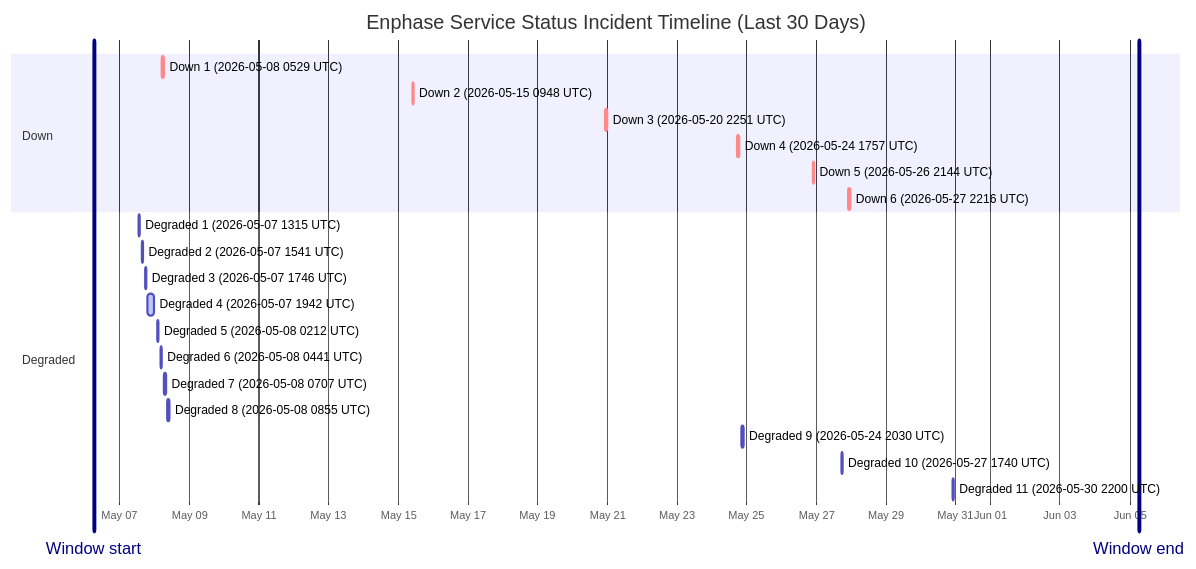
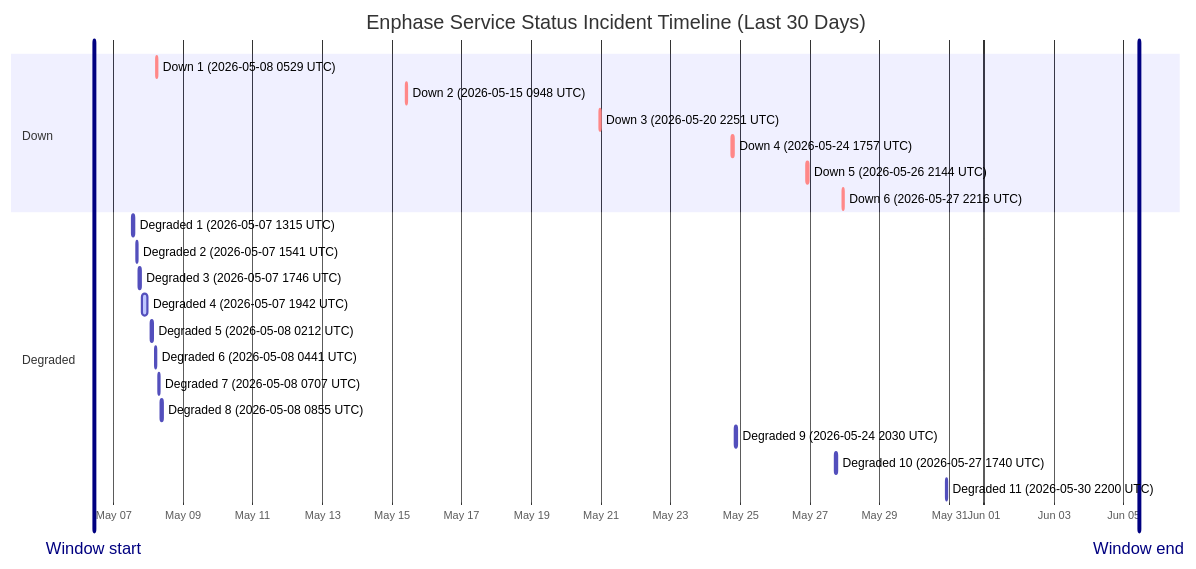
The diagram in wiki/Service-Status-History.md (barneyonline/ha-enphase-energy), drawn with Mermaid before and after one commit. The commit also changed other lines of this file and 3 other files, not shown here.

````diff
--- a/wiki/Service-Status-History.md
+++ b/wiki/Service-Status-History.md
@@ -14,27 +14,27 @@
 ```mermaid
 gantt
     title Enphase Service Status Incident Timeline (Last 30 Days)
     dateFormat  YYYY-MM-DDTHH:mm:ss
     axisFormat  %b %d
-    Window start :vert, window-start, 2026-05-06T06:21:29, 0ms
-    Window end :vert, window-end, 2026-06-05T06:21:29, 0ms
+    Window start :vert, window-start, 2026-05-06T10:30:40, 0ms
+    Window end :vert, window-end, 2026-06-05T10:30:40, 0ms
     section Down
     Down 1 (2026-05-08 0529 UTC) :crit, down-1, 2026-05-08T05:29:47, 60m
     Down 2 (2026-05-15 0948 UTC) :crit, down-2, 2026-05-15T09:48:18, 60m
     Down 3 (2026-05-20 2251 UTC) :crit, down-3, 2026-05-20T22:51:14, 75m
     Down 4 (2026-05-24 1757 UTC) :crit, down-4, 2026-05-24T17:57:41, 86m
     Down 5 (2026-05-26 2144 UTC) :crit, down-5, 2026-05-26T21:44:11, 85m
     Down 6 (2026-05-27 2216 UTC) :crit, down-6, 2026-05-27T22:16:53, 87m
     section Degraded
     Degraded 1 (2026-05-07 1315 UTC) :active, degraded-1, 2026-05-07T13:15:25, 60m
     Degraded 2 (2026-05-07 1541 UTC) :active, degraded-2, 2026-05-07T15:41:58, 60m
     Degraded 3 (2026-05-07 1746 UTC) :active, degraded-3, 2026-05-07T17:46:51, 60m
     Degraded 4 (2026-05-07 1942 UTC) :active, degraded-4, 2026-05-07T19:42:10, 249m
     Degraded 5 (2026-05-08 0212 UTC) :active, degraded-5, 2026-05-08T02:12:39, 60m
     Degraded 6 (2026-05-08 0441 UTC) :active, degraded-6, 2026-05-08T04:41:46, 60m
     Degraded 7 (2026-05-08 0707 UTC) :active, degraded-7, 2026-05-08T07:07:30, 60m
     Degraded 8 (2026-05-08 0855 UTC) :active, degraded-8, 2026-05-08T08:55:20, 88m
     Degraded 9 (2026-05-24 2030 UTC) :active, degraded-9, 2026-05-24T20:30:57, 84m
     Degraded 10 (2026-05-27 1740 UTC) :active, degraded-10, 2026-05-27T17:40:52, 60m
     Degraded 11 (2026-05-30 2200 UTC) :active, degraded-11, 2026-05-30T22:00:37, 60m
 ```
````
